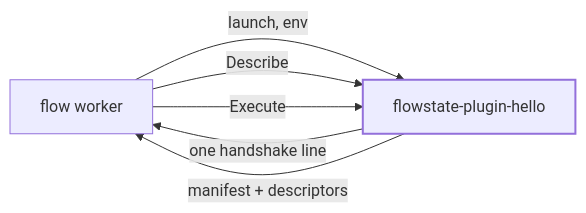
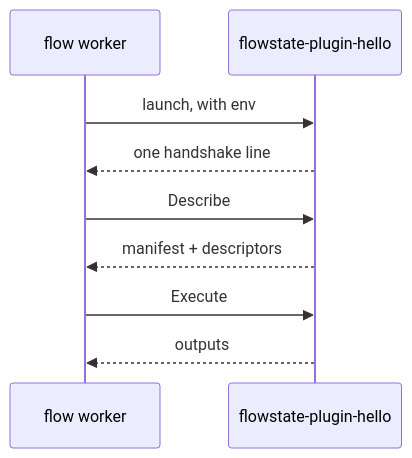
The diagram in docs/PLUGINS.md (picatz/flowstate), drawn with Mermaid before and after one commit. The commit also changed other lines of this file and 14 other files, not shown here.

First line of the commit message:
docs: one diagram palette, and diagrams across the project (#2382)

````diff
--- a/docs/PLUGINS.md
+++ b/docs/PLUGINS.md
@@ -44,10 +44,12 @@
 ```mermaid
-flowchart LR
-  W[flow worker] -->|launch, env| P[flowstate-plugin-hello]
-  P -->|one handshake line| W
-  W -->|Describe| P
-  P -->|manifest + descriptors| W
-  W -->|Execute| P
-  classDef yours stroke-width:2px;
-  class P yours
+sequenceDiagram
+  participant W as flow worker
+  participant P as flowstate-plugin-hello
+
+  W->>P: launch, with env
+  P-->>W: one handshake line
+  W->>P: Describe
+  P-->>W: manifest + descriptors
+  W->>P: Execute
+  P-->>W: outputs
 ```
````
